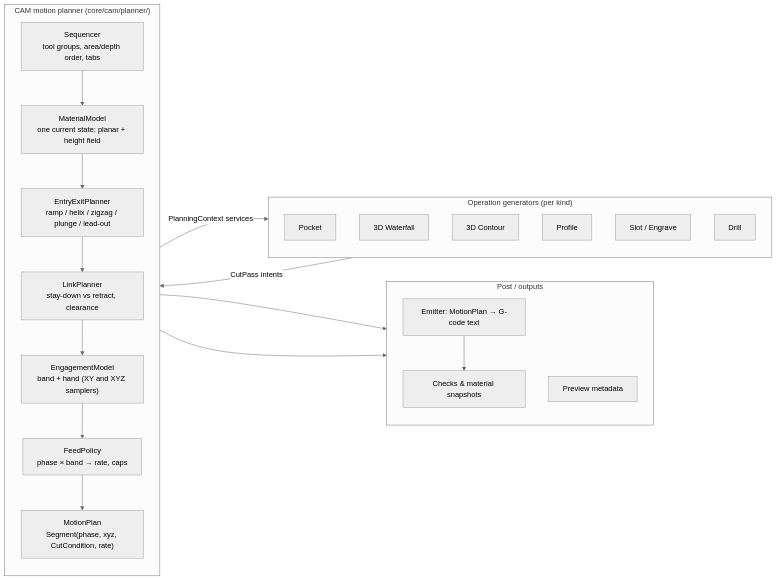
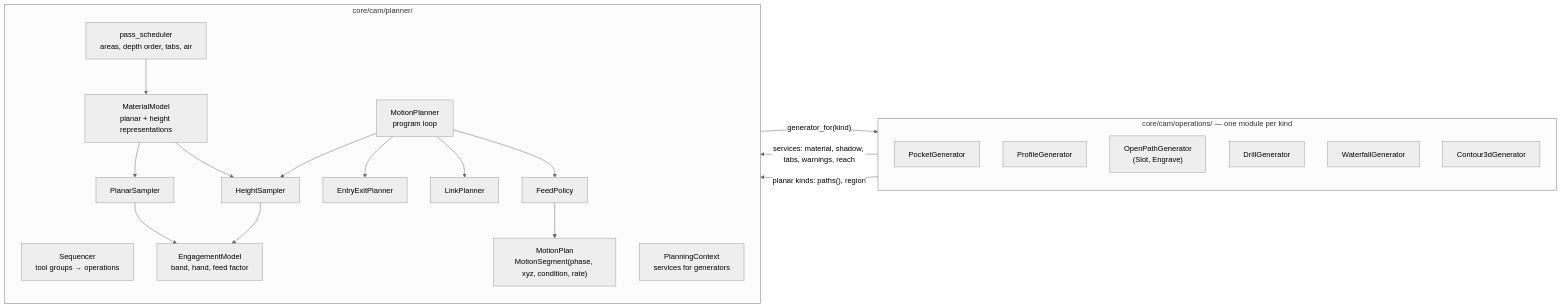
Before and after one commit to Switchleg1/GCodeProducer: the second of 2 diagrams in docs/cam/architecture.md, drawn with Mermaid (neutral theme). The commit also changed other lines of this file and 35 other files, not shown here.

Commit message:
Planner section: MaterialModel with planar/height samplers, Sequencer and MotionPlanner own the loops, one generator module per operation kind; bump 0.1.10

````diff
--- a/docs/cam/architecture.md
+++ b/docs/cam/architecture.md
@@ -170,33 +45,38 @@
 ```mermaid
 flowchart LR
-    subgraph OPS["Operation generators (per kind)"]
+    subgraph OPS["core/cam/operations/ — one module per kind"]
         direction TB
-        PK[Pocket]
-        WF["3D Waterfall"]
-        CT["3D Contour"]
-        PF[Profile]
-        SL["Slot / Engrave"]
-        DR[Drill]
+        PK["PocketGenerator"]
+        PF["ProfileGenerator"]
+        OP["OpenPathGenerator<br/>(Slot, Engrave)"]
+        DR["DrillGenerator"]
+        WF["WaterfallGenerator"]
+        CT["Contour3dGenerator"]
     end
-    subgraph PLANNER["CAM motion planner (core/cam/planner/)"]
+    subgraph PLANNER["core/cam/planner/"]
         direction TB
-        ORD["Sequencer<br/>tool groups, area/depth order, tabs"]
-        MAT["MaterialModel<br/>one current state: planar + height field"]
-        ENT["EntryExitPlanner<br/>ramp / helix / zigzag / plunge / lead-out"]
-        LNK["LinkPlanner<br/>stay-down vs retract, clearance"]
-        ENGM["EngagementModel<br/>band + hand (XY and XYZ samplers)"]
-        POL["FeedPolicy<br/>phase × band → rate, caps"]
-        MP["MotionPlan<br/>Segment(phase, xyz, CutCondition, rate)"]
-        ORD --> MAT --> ENT --> LNK --> ENGM --> POL --> MP
+        SEQ["Sequencer<br/>tool groups → operations"]
+        CTX["PlanningContext<br/>services for generators"]
+        SCH["pass_scheduler<br/>areas, depth order, tabs, air"]
+        MAT["MaterialModel<br/>planar + height representations"]
+        PS["PlanarSampler"]
+        HS["HeightSampler"]
+        ENG["EngagementModel<br/>band, hand, feed factor"]
+        MPL["MotionPlanner<br/>program loop"]
+        EEP["EntryExitPlanner"]
+        LNK["LinkPlanner"]
+        POL["FeedPolicy"]
+        PLAN["MotionPlan<br/>MotionSegment(phase, xyz, condition, rate)"]
     end
-    subgraph POST["Post / outputs"]
-        direction TB
-        EM["Emitter: MotionPlan → G-code text"]
-        CHK["Checks & material snapshots"]
-        PRE["Preview metadata"]
-    end
-    OPS -->|"CutPass intents"| PLANNER
-    PLANNER -->|"PlanningContext services"| OPS
-    MP --> EM --> CHK
-    MP --> PRE
+    SEQ -->|"generator_for(kind)"| OPS
+    OPS -->|"services: material, shadow, tabs, warnings, reach"| CTX
+    OPS -->|"planar kinds: paths(), region"| SCH
+    SCH --> MAT
+    MAT --> PS --> ENG
+    MAT --> HS --> ENG
+    MPL --> EEP
+    MPL --> LNK
+    MPL --> HS
+    MPL --> POL
+    POL --> PLAN
 ```
````
